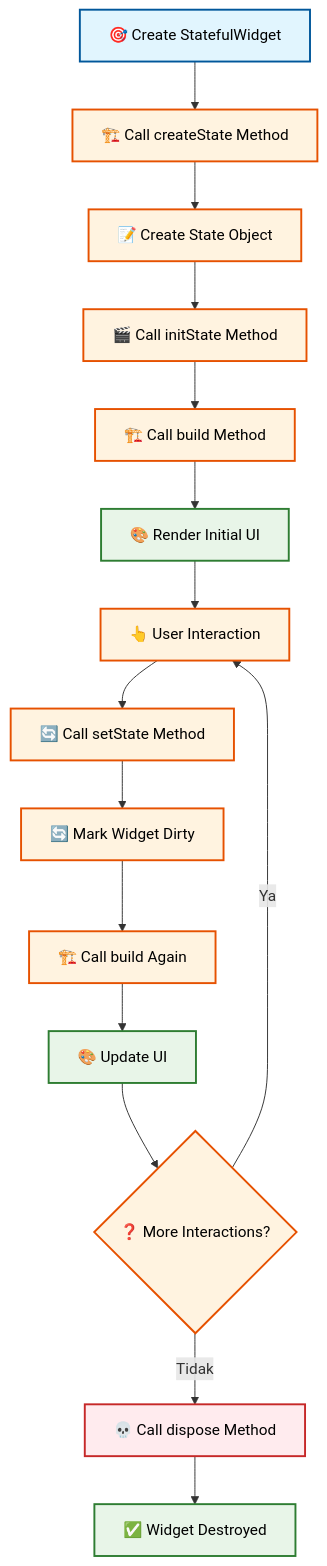
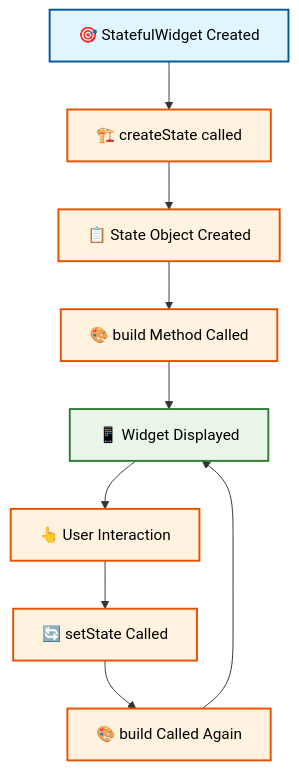
The second of 5 diagrams in pertemuan3.md (antonprafanto/flutter), drawn with Mermaid before and after one commit. The commit also changed other lines of this file, not shown here.

````diff
--- a/pertemuan3.md
+++ b/pertemuan3.md
@@ -554,32 +157,20 @@
 ```mermaid
 flowchart TD
-    A[🎯 Create StatefulWidget] --> B[🏗️ Call createState Method]
-    B --> C[📝 Create State Object]
-    C --> D[🎬 Call initState Method]
-    D --> E[🏗️ Call build Method]
-    E --> F[🎨 Render Initial UI]
-    F --> G[👆 User Interaction]
-    G --> H[🔄 Call setState Method]
-    H --> I[🔄 Mark Widget Dirty]
-    I --> J[🏗️ Call build Again]
-    J --> K[🎨 Update UI]
-    K --> L{❓ More Interactions?}
-    L -->|Ya| G
-    L -->|Tidak| M[💀 Call dispose Method]
-    M --> N[✅ Widget Destroyed]
+    A[🎯 StatefulWidget Created] --> B[🏗️ createState called]
+    B --> C[📋 State Object Created]
+    C --> D[🎨 build Method Called]
+    D --> E[📱 Widget Displayed]
+    E --> F[👆 User Interaction]
+    F --> G[🔄 setState Called]
+    G --> H[🎨 build Called Again]
+    H --> E
     
     style A fill:#e1f5fe,stroke:#01579b,stroke-width:2px,color:#000
     style B fill:#fff3e0,stroke:#e65100,stroke-width:2px,color:#000
     style C fill:#fff3e0,stroke:#e65100,stroke-width:2px,color:#000
     style D fill:#fff3e0,stroke:#e65100,stroke-width:2px,color:#000
-    style E fill:#fff3e0,stroke:#e65100,stroke-width:2px,color:#000
-    style F fill:#e8f5e8,stroke:#2e7d32,stroke-width:2px,color:#000
+    style E fill:#e8f5e8,stroke:#2e7d32,stroke-width:2px,color:#000
+    style F fill:#fff3e0,stroke:#e65100,stroke-width:2px,color:#000
     style G fill:#fff3e0,stroke:#e65100,stroke-width:2px,color:#000
     style H fill:#fff3e0,stroke:#e65100,stroke-width:2px,color:#000
-    style I fill:#fff3e0,stroke:#e65100,stroke-width:2px,color:#000
-    style J fill:#fff3e0,stroke:#e65100,stroke-width:2px,color:#000
-    style K fill:#e8f5e8,stroke:#2e7d32,stroke-width:2px,color:#000
-    style L fill:#fff3e0,stroke:#e65100,stroke-width:2px,color:#000
-    style M fill:#ffebee,stroke:#c62828,stroke-width:2px,color:#000
-    style N fill:#e8f5e8,stroke:#2e7d32,stroke-width:2px,color:#000
 ```
````
